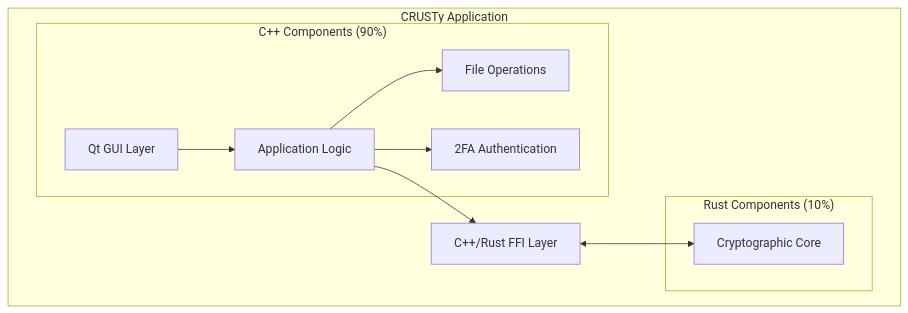
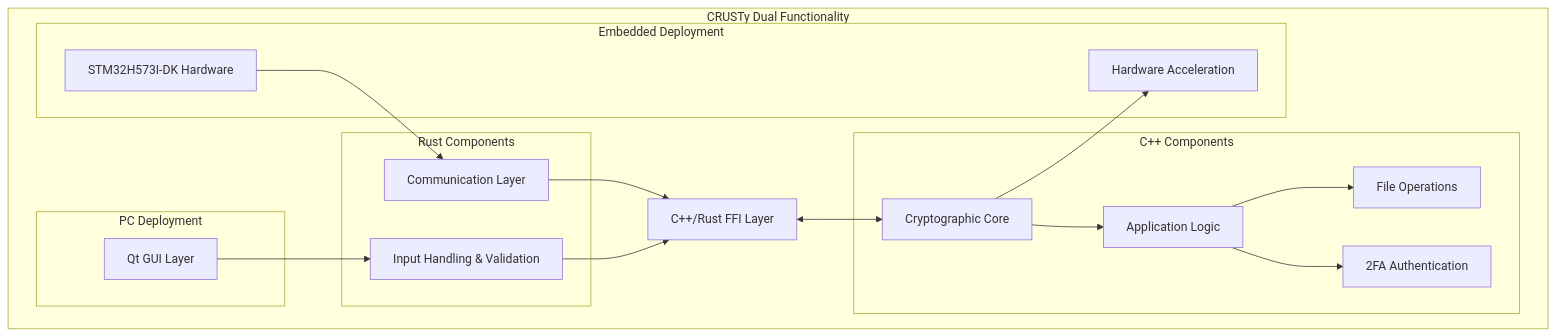
The first of 2 diagrams in CRUSTy_Development_Plan.md (shahern004/CRUSTy-Core), drawn with Mermaid before and after one commit. The commit also changed other lines of this file and 16 other files, not shown here.

First line of the commit message:
Update project architecture to support dual-target deployment

````diff
--- a/CRUSTy_Development_Plan.md
+++ b/CRUSTy_Development_Plan.md
@@ -16,23 +16,38 @@
 ```mermaid
 graph TD
-    subgraph "CRUSTy Application"
-        subgraph "C++ Components (90%)"
-            QtGUI[Qt GUI Layer]
+    subgraph "CRUSTy Dual Functionality"
+        subgraph "Rust Components"
+            RustInput[Input Handling & Validation]
+            RustComm[Communication Layer]
+        end
+        
+        subgraph "C++ Components"
+            CppCrypto[Cryptographic Core]
             AppLogic[Application Logic]
             FileOps[File Operations]
             AuthModule[2FA Authentication]
         end
         
-        subgraph "Rust Components (10%)"
-            RustCrypto[Cryptographic Core]
+        subgraph "PC Deployment"
+            QtGUI[Qt GUI Layer]
+        end
+        
+        subgraph "Embedded Deployment"
+            EmbeddedHW[STM32H573I-DK Hardware]
+            HWAccel[Hardware Acceleration]
         end
         
         FFI[C++/Rust FFI Layer]
         
-        QtGUI --> AppLogic
+        QtGUI --> RustInput
+        RustInput --> FFI
+        RustComm --> FFI
+        FFI <--> CppCrypto
+        CppCrypto --> AppLogic
         AppLogic --> FileOps
         AppLogic --> AuthModule
-        AppLogic --> FFI
-        FFI <--> RustCrypto
+        
+        EmbeddedHW --> RustComm
+        CppCrypto --> HWAccel
     end
 ```
````
